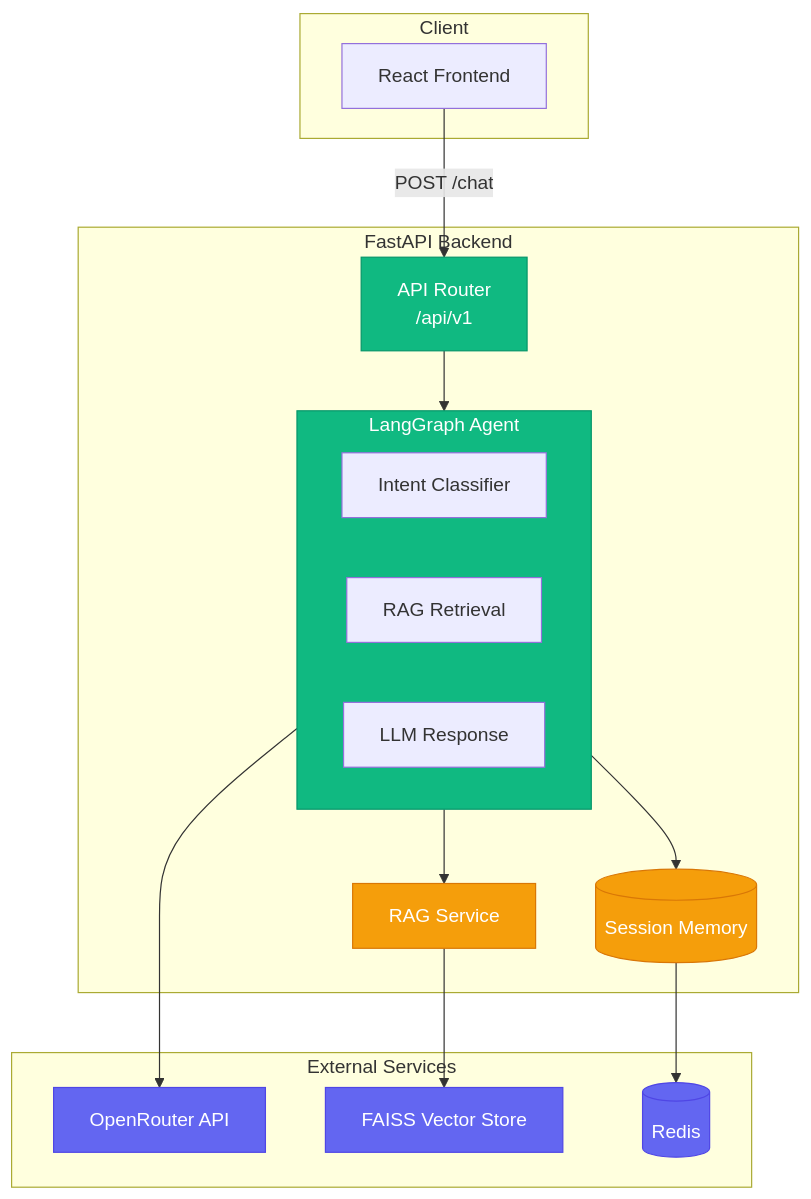
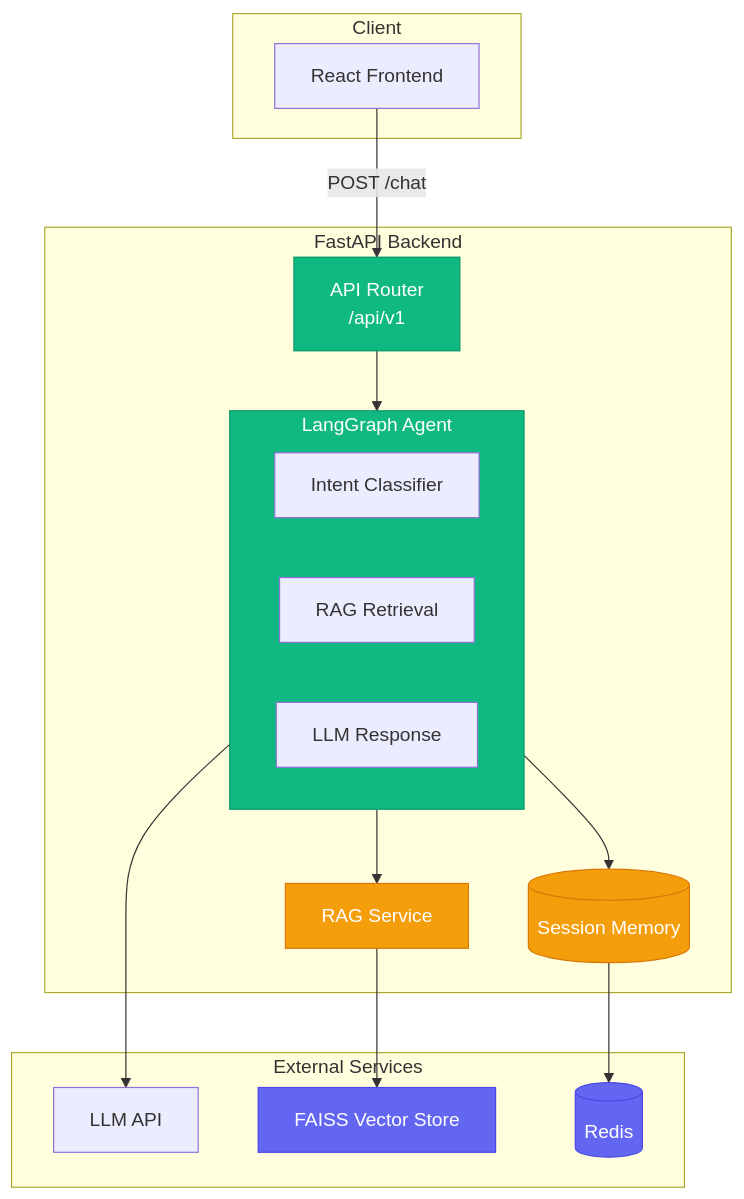
One commit to mazleon/chatbot-rag-ray changed the diagram in README.md. Above: the diagram before and after it, drawn with Mermaid. The commit also changed other lines of this file, not shown here.

Commit message:
docs: add frontend screenshot to README, update architecture diagram

````diff
--- a/README.md
+++ b/README.md
@@ -15,42 +15,42 @@
 ```mermaid
 flowchart TB
     subgraph Client["Client"]
         FE[React Frontend]
     end
 
     subgraph API["FastAPI Backend"]
         Router[API Router<br/>/api/v1]
         
         subgraph Agent["LangGraph Agent"]
             Classify[Intent Classifier]
             Retrieve[RAG Retrieval]
             Generate[LLM Response]
         end
         
         Memory[(Session Memory)]
         RAG[RAG Service]
     end
 
     subgraph External["External Services"]
-        OpenRouter[OpenRouter API]
+        LLM[LLM API]
         VectorDB[FAISS Vector Store]
         Redis[(Redis)]
     end
 
     FE --"POST /chat"--> Router
     Router --> Agent
     Agent --> Memory
     Agent --> RAG
     RAG --> VectorDB
-    Agent --> OpenRouter
+    Agent --> LLM
     Memory --> Redis
     
     classDef primary fill:#10b981,stroke:#059669,color:#fff
     classDef secondary fill:#3b82f6,stroke:#2563eb,color:#fff
     classDef storage fill:#f59e0b,stroke:#d97706,color:#fff
     classDef external fill:#6366f1,stroke:#4f46e5,color:#fff
     
     class Router,Agent primary
     class Memory,RAG storage
     class OpenRouter,VectorDB,Redis external
 ```
````
